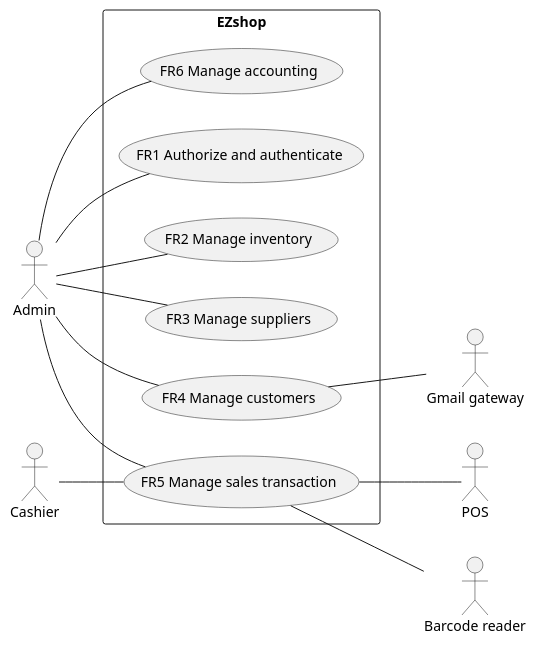
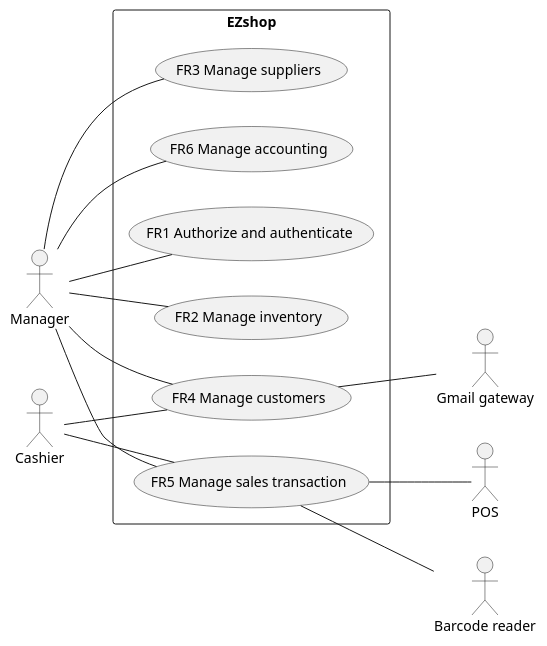
Before and after one commit to giuseppesalvi/ezshop: the second of 2 diagrams in Deliverables/RequirementsDocument.md, drawn with PlantUML. The commit also changed other lines of this file, not shown here.

````diff
--- a/Deliverables/RequirementsDocument.md
+++ b/Deliverables/RequirementsDocument.md
@@ -174,25 +178,26 @@
 ```plantuml
 left to right direction
 
-actor Admin
+actor Manager
 actor Cashier
 actor POS
 actor "Barcode reader"
 actor "Gmail gateway"
 
 rectangle EZshop {
-  Admin -- (FR1 Authorize and authenticate)
-  Admin -- (FR2 Manage inventory)
-  Admin -- (FR3 Manage suppliers)
-  Admin -- (FR4 Manage customers)
-  Admin -- (FR5 Manage sales transaction)
-  Admin -- (FR6 Manage accounting)
+  Manager -- (FR1 Authorize and authenticate)
+  Manager -- (FR2 Manage inventory)
+  Manager -- (FR3 Manage suppliers)
+  Manager -- (FR4 Manage customers)
+  Manager -- (FR5 Manage sales transaction)
+  Manager -- (FR6 Manage accounting)
+  Cashier -- (FR4 Manage customers)
   Cashier -- (FR5 Manage sales transaction)
   (FR4 Manage customers) -- :Gmail gateway:
   (FR5 Manage sales transaction) -- :POS:
   (FR5 Manage sales transaction) -- :Barcode reader:
   
 
 }
 
 ```
````
